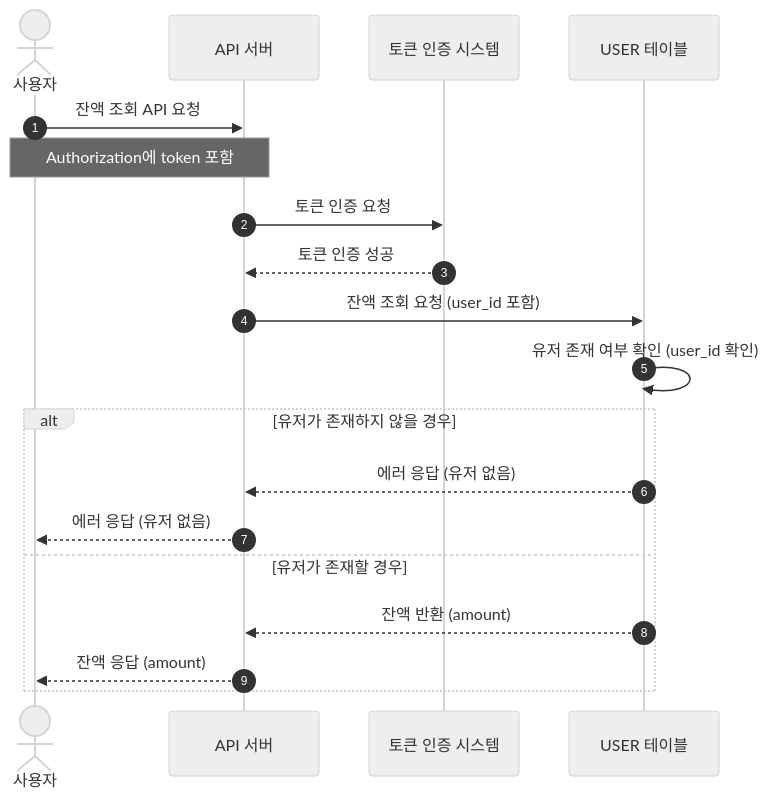
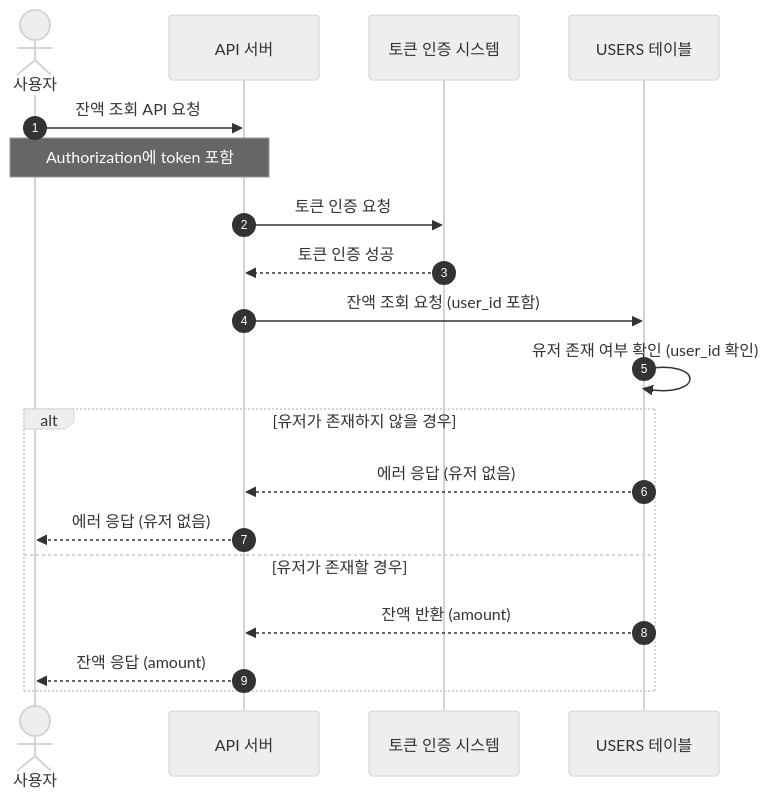
The seventh of 8 diagrams in docs/sequence.md (Cheondongmin/concert-java), drawn with Mermaid (neutral theme) before and after one commit. The commit also changed other lines of this file and 26 other files, not shown here.

````diff
--- a/docs/sequence.md
+++ b/docs/sequence.md
@@ -214,24 +214,24 @@
 ```mermaid
 sequenceDiagram
     autonumber
     actor 사용자 as 사용자
     participant API as API 서버
     participant AUTH as 토큰 인증 시스템
-    participant USER as USER 테이블
+    participant USERS as USERS 테이블
 
     사용자 ->> API: 잔액 조회 API 요청
     Note over 사용자, API: Authorization에 token 포함
     API ->> AUTH: 토큰 인증 요청
     AUTH -->> API: 토큰 인증 성공
 
-    API ->> USER: 잔액 조회 요청 (user_id 포함)
-    USER ->> USER: 유저 존재 여부 확인 (user_id 확인)
+    API ->> USERS: 잔액 조회 요청 (user_id 포함)
+    USERS ->> USERS: 유저 존재 여부 확인 (user_id 확인)
 
     alt 유저가 존재하지 않을 경우
-        USER -->> API: 에러 응답 (유저 없음)
+        USERS -->> API: 에러 응답 (유저 없음)
         API -->> 사용자: 에러 응답 (유저 없음)
     else 유저가 존재할 경우
-        USER -->> API: 잔액 반환 (amount)
+        USERS -->> API: 잔액 반환 (amount)
         API -->> 사용자: 잔액 응답 (amount)
     end
 ```
````
